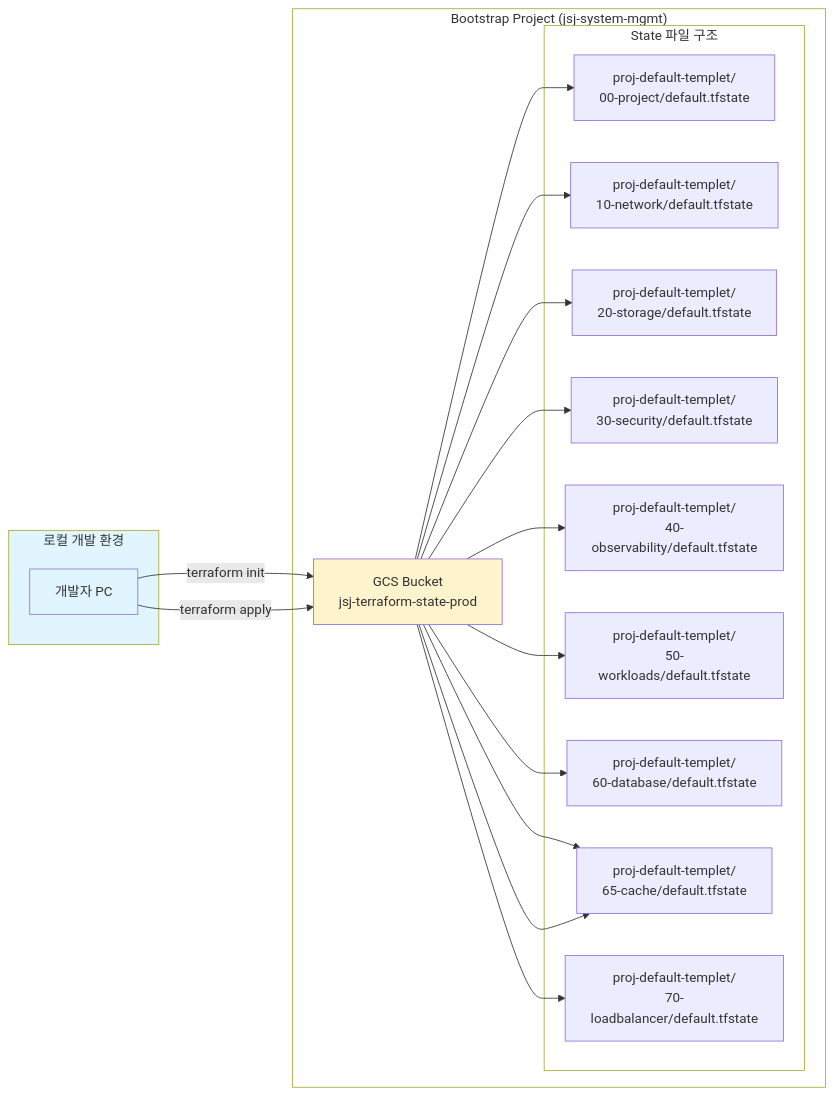
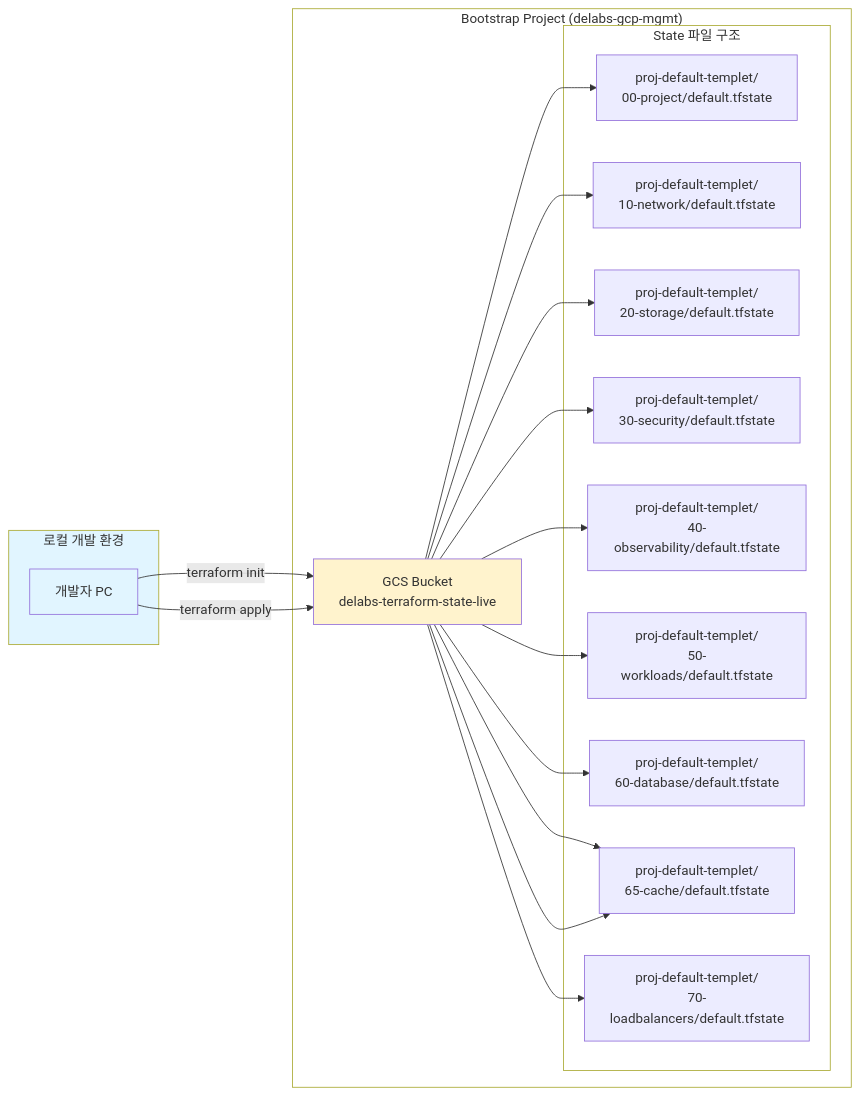
The second of 9 diagrams in terraform_gcp_infra/docs/architecture/diagrams.md (JSJ2337/GCP_terraform_code), drawn with Mermaid before and after one commit. The commit also changed other lines of this file and 24 other files, not shown here.

````diff
--- a/terraform_gcp_infra/docs/architecture/diagrams.md
+++ b/terraform_gcp_infra/docs/architecture/diagrams.md
@@ -101,42 +101,42 @@
 ```mermaid
 %%{init: {'theme': 'default'}}%%
 graph LR
     subgraph LocalEnv["로컬 개발 환경"]
         DEV[개발자 PC]
     end
 
-    subgraph BootstrapProj["Bootstrap Project (jsj-system-mgmt)"]
-        BUCKET[GCS Bucket<br/>jsj-terraform-state-prod]
+    subgraph BootstrapProj["Bootstrap Project (delabs-gcp-mgmt)"]
+        BUCKET[GCS Bucket<br/>delabs-terraform-state-live]
 
         subgraph StateFiles["State 파일 구조"]
             S1[proj-default-templet/<br/>00-project/default.tfstate]
             S2[proj-default-templet/<br/>10-network/default.tfstate]
             S3[proj-default-templet/<br/>20-storage/default.tfstate]
             S4[proj-default-templet/<br/>30-security/default.tfstate]
             S5[proj-default-templet/<br/>40-observability/default.tfstate]
             S6[proj-default-templet/<br/>50-workloads/default.tfstate]
             S7[proj-default-templet/<br/>60-database/default.tfstate]
             S8[proj-default-templet/<br/>65-cache/default.tfstate]
-            S9[proj-default-templet/<br/>70-loadbalancer/default.tfstate]
+            S9[proj-default-templet/<br/>70-loadbalancers/default.tfstate]
         end
     end
 
     DEV -->|terraform init| BUCKET
     DEV -->|terraform apply| BUCKET
     BUCKET --> S1
     BUCKET --> S2
     BUCKET --> S3
     BUCKET --> S4
     BUCKET --> S5
     BUCKET --> S6
     BUCKET --> S7
     BUCKET --> S8
     BUCKET --> S9
     BUCKET --> S8
 
     style LocalEnv fill:#e1f5ff
     style BootstrapProj fill:#ffffff
     style StateFiles fill:#ffffff
     style BUCKET fill:#fff3cd
     style DEV fill:#e1f5ff
 ```
````
